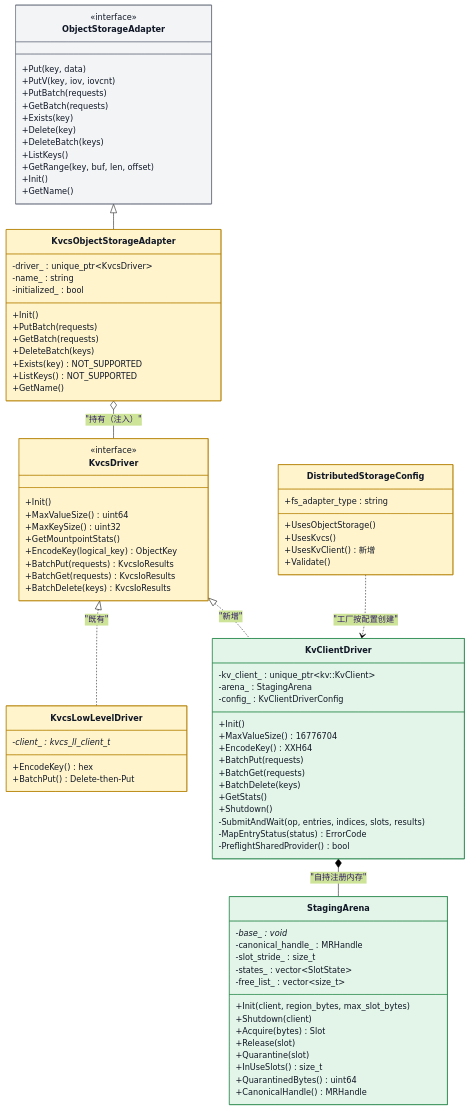
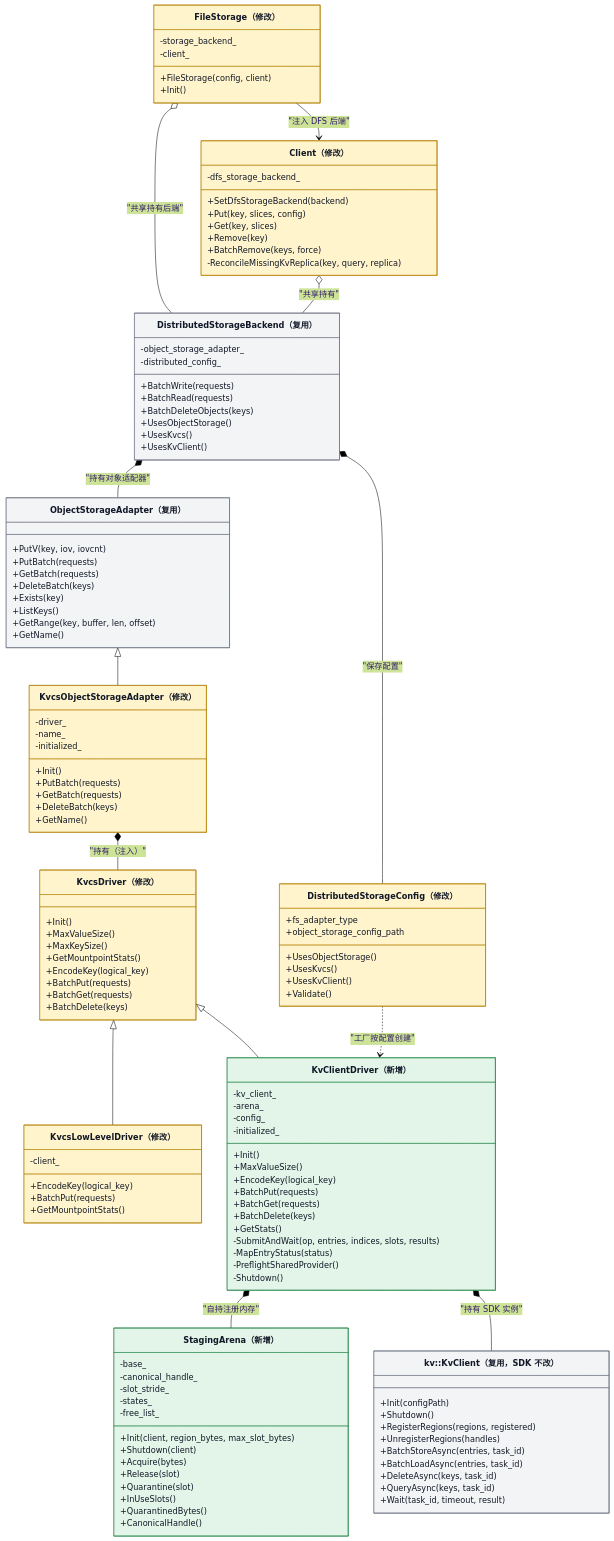
One commit to zwj20000328-dotcom/Mooncake-documents changed the second of 13 diagrams in Mooncake + KVClient L3 接入（Kvcs）- v3.md. Above: the diagram before and after it, drawn with Mermaid (forest theme). The commit also changed other lines of this file, not shown here.

Commit message:
modified：Mooncake + KVClient L3 接入（Kvcs）- v3.md

````diff
--- a/Mooncake + KVClient L3 接入（Kvcs）- v3.md
+++ b/Mooncake + KVClient L3 接入（Kvcs）- v3.md
@@ -169,105 +173,141 @@
 classDiagram
     direction TB
 
-    class ObjectStorageAdapter {
-        <<interface>>
-        +Put(key, data)
+    class DistributedStorageConfig["DistributedStorageConfig（修改）"] {
+        +fs_adapter_type
+        +object_storage_config_path
+        +UsesObjectStorage()
+        +UsesKvcs()
+        +UsesKvClient()
+        +Validate()
+    }
+    class FileStorage["FileStorage（修改）"] {
+        -storage_backend_
+        -client_
+        +FileStorage(config, client)
+        +Init()
+    }
+    class Client["Client（修改）"] {
+        -dfs_storage_backend_
+        +SetDfsStorageBackend(backend)
+        +Put(key, slices, config)
+        +Get(key, slices)
+        +Remove(key)
+        +BatchRemove(keys, force)
+        -ReconcileMissingKvReplica(key, query, replica)
+    }
+    class DistributedStorageBackend["DistributedStorageBackend（复用）"] {
+        -object_storage_adapter_
+        -distributed_config_
+        +BatchWrite(requests)
+        +BatchRead(requests)
+        +BatchDeleteObjects(keys)
+        +UsesObjectStorage()
+        +UsesKvcs()
+        +UsesKvClient()
+    }
+    class ObjectStorageAdapter["ObjectStorageAdapter（复用）"] {
         +PutV(key, iov, iovcnt)
         +PutBatch(requests)
         +GetBatch(requests)
+        +DeleteBatch(keys)
         +Exists(key)
-        +Delete(key)
-        +DeleteBatch(keys)
         +ListKeys()
-        +GetRange(key, buf, len, offset)
-        +Init()
+        +GetRange(key, buffer, len, offset)
         +GetName()
     }
-
-    class KvcsObjectStorageAdapter {
-        -driver_ : unique_ptr~KvcsDriver~
-        -name_ : string
-        -initialized_ : bool
+    class KvcsObjectStorageAdapter["KvcsObjectStorageAdapter（修改）"] {
+        -driver_
+        -name_
+        -initialized_
         +Init()
         +PutBatch(requests)
         +GetBatch(requests)
         +DeleteBatch(keys)
-        +Exists(key) NOT_SUPPORTED
-        +ListKeys() NOT_SUPPORTED
         +GetName()
     }
-
-    class KvcsDriver {
-        <<interface>>
+    class KvcsDriver["KvcsDriver（修改）"] {
         +Init()
-        +MaxValueSize() uint64
-        +MaxKeySize() uint32
+        +MaxValueSize()
+        +MaxKeySize()
         +GetMountpointStats()
-        +EncodeKey(logical_key) ObjectKey
-        +BatchPut(requests) KvcsIoResults
-        +BatchGet(requests) KvcsIoResults
-        +BatchDelete(keys) KvcsIoResults
+        +EncodeKey(logical_key)
+        +BatchPut(requests)
+        +BatchGet(requests)
+        +BatchDelete(keys)
     }
-
-    class KvcsLowLevelDriver {
-        -client_ : kvcs_ll_client_t*
-        +EncodeKey() hex
-        +BatchPut() Delete-then-Put
+    class KvcsLowLevelDriver["KvcsLowLevelDriver（修改）"] {
+        -client_
+        +EncodeKey(logical_key)
+        +BatchPut(requests)
+        +GetMountpointStats()
     }
-
-    class KvClientDriver {
-        -kv_client_ : unique_ptr~kv::KvClient~
-        -arena_ : StagingArena
-        -config_ : KvClientDriverConfig
+    class KvClientDriver["KvClientDriver（新增）"] {
+        -kv_client_
+        -arena_
+        -config_
+        -initialized_
         +Init()
-        +MaxValueSize() 16776704
-        +EncodeKey() XXH64
+        +MaxValueSize()
+        +EncodeKey(logical_key)
         +BatchPut(requests)
         +BatchGet(requests)
         +BatchDelete(keys)
         +GetStats()
+        -SubmitAndWait(op, entries, indices, slots, results)
+        -MapEntryStatus(status)
+        -PreflightSharedProvider()
+        -Shutdown()
+    }
+    class StagingArena["StagingArena（新增）"] {
+        -base_
+        -canonical_handle_
+        -slot_stride_
+        -states_
+        -free_list_
+        +Init(client, region_bytes, max_slot_bytes)
+        +Shutdown(client)
+        +Acquire(bytes)
+        +Release(slot)
+        +Quarantine(slot)
+        +InUseSlots()
+        +QuarantinedBytes()
+        +CanonicalHandle()
+    }
+    class SdkKvClient["kv::KvClient（复用，SDK 不改）"] {
+        +Init(configPath)
         +Shutdown()
-        -SubmitAndWait(op, entries, indices, slots, results)
-        -MapEntryStatus(status) ErrorCode
-        -PreflightSharedProvider() bool
+        +RegisterRegions(regions, registered)
+        +UnregisterRegions(handles)
+        +BatchStoreAsync(entries, task_id)
+        +BatchLoadAsync(entries, task_id)
+        +DeleteAsync(keys, task_id)
+        +QueryAsync(keys, task_id)
+        +Wait(task_id, timeout, result)
     }
 
-    class StagingArena {
-        -base_ : void*
-        -canonical_handle_ : MRHandle
-        -slot_stride_ : size_t
-        -states_ : vector~SlotState~
-        -free_list_ : vector~size_t~
-        +Init(client, region_bytes, max_slot_bytes)
-        +Shutdown(client)
-        +Acquire(bytes) Slot
-        +Release(slot)
-        +Quarantine(slot)
-        +InUseSlots() size_t
-        +QuarantinedBytes() uint64
-        +CanonicalHandle() MRHandle
-    }
-
-    class DistributedStorageConfig {
-        +fs_adapter_type : string
-        +UsesObjectStorage()
-        +UsesKvcs()
-        +UsesKvClient() 新增
-        +Validate()
-    }
-
+    FileStorage o-- DistributedStorageBackend : "共享持有后端"
+    FileStorage --> Client : "注入 DFS 后端"
+    Client o-- DistributedStorageBackend : "共享持有"
+    DistributedStorageBackend *-- DistributedStorageConfig : "保存配置"
+    DistributedStorageBackend *-- ObjectStorageAdapter : "持有对象适配器"
     ObjectStorageAdapter <|-- KvcsObjectStorageAdapter
-    KvcsObjectStorageAdapter o-- KvcsDriver : "持有（注入）"
-    KvcsDriver <|.. KvcsLowLevelDriver : "既有"
-    KvcsDriver <|.. KvClientDriver : "新增"
+    KvcsObjectStorageAdapter *-- KvcsDriver : "持有（注入）"
+    KvcsDriver <|-- KvcsLowLevelDriver
+    KvcsDriver <|-- KvClientDriver
     KvClientDriver *-- StagingArena : "自持注册内存"
+    KvClientDriver *-- SdkKvClient : "持有 SDK 实例"
     DistributedStorageConfig ..> KvClientDriver : "工厂按配置创建"
 
-    style ObjectStorageAdapter fill:#f3f4f6,stroke:#6b7280,color:#111827
+    style DistributedStorageConfig fill:#fff4cc,stroke:#b58105,color:#111827
+    style FileStorage fill:#fff4cc,stroke:#b58105,color:#111827
+    style Client fill:#fff4cc,stroke:#b58105,color:#111827
     style KvcsObjectStorageAdapter fill:#fff4cc,stroke:#b58105,color:#111827
     style KvcsDriver fill:#fff4cc,stroke:#b58105,color:#111827
     style KvcsLowLevelDriver fill:#fff4cc,stroke:#b58105,color:#111827
     style KvClientDriver fill:#e3f5e8,stroke:#28864b,color:#111827
     style StagingArena fill:#e3f5e8,stroke:#28864b,color:#111827
-    style DistributedStorageConfig fill:#fff4cc,stroke:#b58105,color:#111827
+    style DistributedStorageBackend fill:#f3f4f6,stroke:#6b7280,color:#111827
+    style ObjectStorageAdapter fill:#f3f4f6,stroke:#6b7280,color:#111827
+    style SdkKvClient fill:#f3f4f6,stroke:#6b7280,color:#111827
 ```
````
